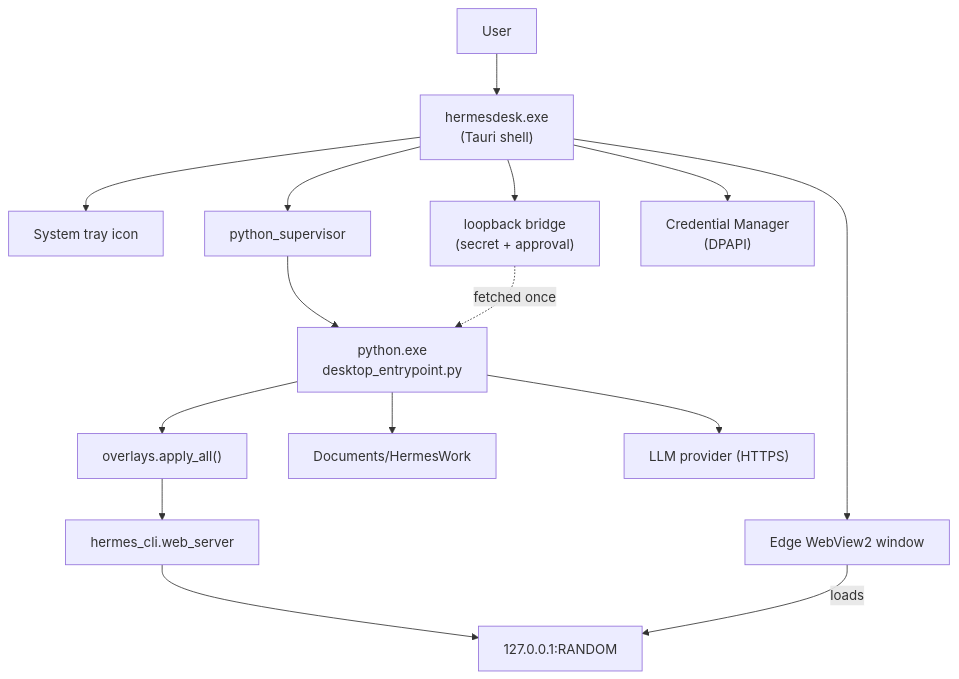
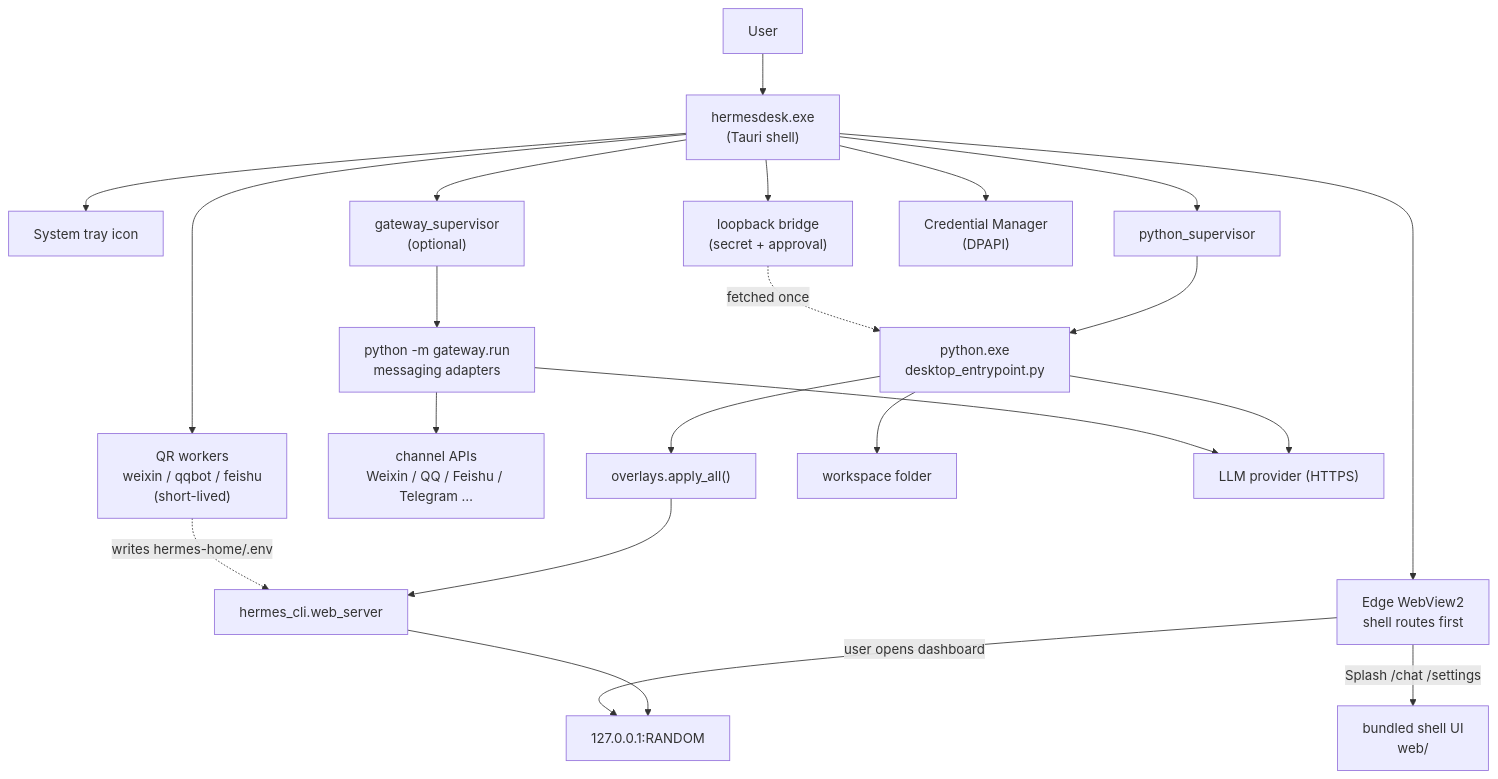
Before and after one commit to ladylydia/hermesdesk: the diagram in docs/architecture.md, drawn with Mermaid. The commit also changed other lines of this file and 149 other files, not shown here.

First line of the commit message:
feat(desk): messaging gateway channels, shell chat, and docs alignment

````diff
--- a/docs/architecture.md
+++ b/docs/architecture.md
@@ -16,17 +14,24 @@
 ```mermaid
 flowchart TD
   User[User] --> Tauri["hermesdesk.exe<br/>(Tauri shell)"]
   Tauri --> Tray["System tray icon"]
-  Tauri --> WebView["Edge WebView2 window"]
+  Tauri --> WebView["Edge WebView2<br/>shell routes first"]
   Tauri --> PySup["python_supervisor"]
   PySup --> PyChild["python.exe<br/>desktop_entrypoint.py"]
   PyChild --> Overlays["overlays.apply_all()"]
   Overlays --> Hermes["hermes_cli.web_server"]
   Hermes --> Loop["127.0.0.1:RANDOM"]
-  WebView -->|loads| Loop
+  WebView -->|"user opens dashboard"| Loop
+  WebView -->|"Splash /chat /settings"| ShellUI["bundled shell UI<br/>web/"]
+  Tauri --> GwSup["gateway_supervisor<br/>(optional)"]
+  GwSup --> GwChild["python -m gateway.run<br/>messaging adapters"]
+  GwChild --> MsgApis["channel APIs<br/>Weixin / QQ / Feishu / Telegram …"]
+  Tauri --> QrWorkers["QR workers<br/>weixin / qqbot / feishu<br/>(short-lived)"]
+  QrWorkers -.->|"writes hermes-home/.env"| Hermes
   Tauri --> Bridge["loopback bridge<br/>(secret + approval)"]
   Bridge -.fetched once.-> PyChild
   Tauri --> Vault["Credential Manager<br/>(DPAPI)"]
-  PyChild --> Workspace["Documents/HermesWork"]
+  PyChild --> Workspace["workspace folder"]
   PyChild --> LLM["LLM provider (HTTPS)"]
+  GwChild --> LLM
 ```
````
